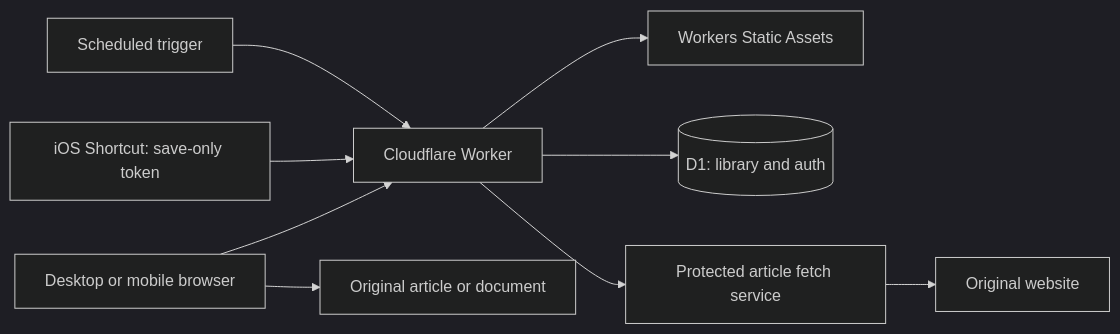
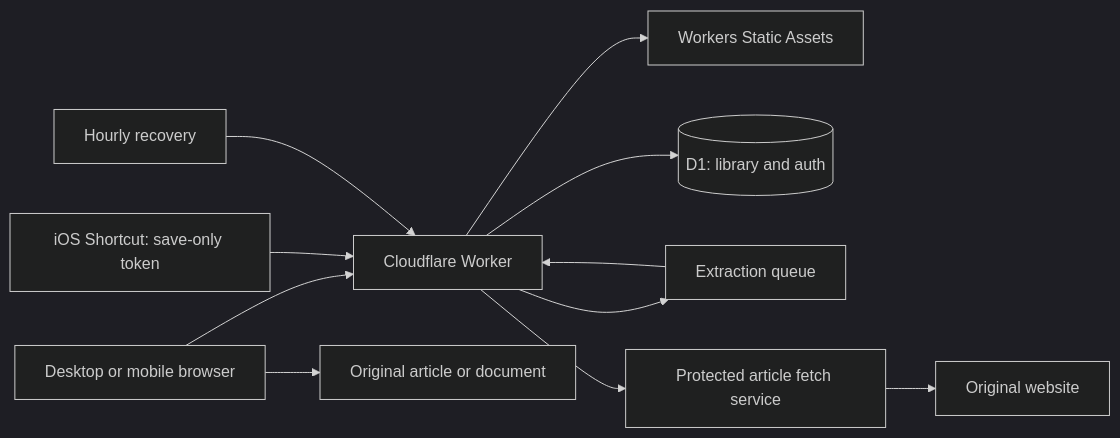
One commit to Pajdzik/read-it-later changed the diagram in README.md. Above: the diagram before and after it, drawn with Mermaid (dark theme). The commit also changed other lines of this file and 30 other files, not shown here.

Commit message:
Process article extraction through Queues with hourly recovery (#101)

````diff
--- a/README.md
+++ b/README.md
@@ -19,11 +19,13 @@
 ```mermaid
 flowchart LR
     Browser[Desktop or mobile browser] --> Worker[Cloudflare Worker]
     Shortcut[iOS Shortcut: save-only token] --> Worker
     Worker --> Assets[Workers Static Assets]
     Worker --> D1[(D1: library and auth)]
-    Cron[Scheduled trigger] --> Worker
+    Cron[Hourly recovery] --> Worker
+    Worker --> Queue[Extraction queue]
+    Queue --> Worker
     Worker --> Fetcher[Protected article fetch service]
     Fetcher --> Source[Original website]
     Browser --> Original[Original article or document]
 ```
````
